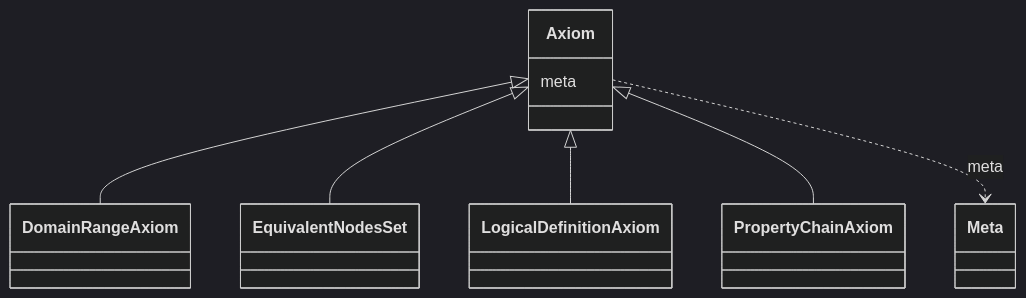
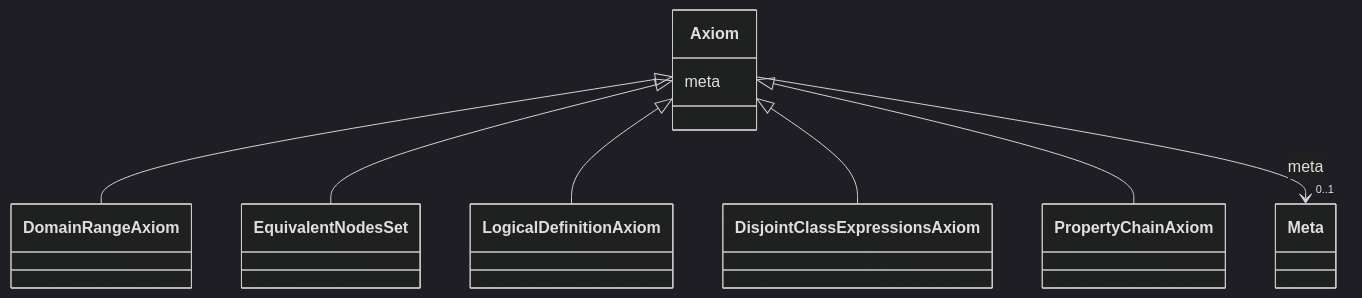
One commit to INCATools/ontology-access-kit changed the diagram in docs/datamodels/obograph/Axiom.md. Above: the diagram before and after it, drawn with Mermaid (dark theme). The commit also changed other lines of this file and 23 other files, not shown here.

````diff
--- a/docs/datamodels/obograph/Axiom.md
+++ b/docs/datamodels/obograph/Axiom.md
@@ -14,14 +23,26 @@
-```{mermaid}
+```mermaid
  classDiagram
     class Axiom
+    click Axiom href "../Axiom"
       Axiom <|-- DomainRangeAxiom
+        click DomainRangeAxiom href "../DomainRangeAxiom"
       Axiom <|-- EquivalentNodesSet
+        click EquivalentNodesSet href "../EquivalentNodesSet"
       Axiom <|-- LogicalDefinitionAxiom
+        click LogicalDefinitionAxiom href "../LogicalDefinitionAxiom"
+      Axiom <|-- DisjointClassExpressionsAxiom
+        click DisjointClassExpressionsAxiom href "../DisjointClassExpressionsAxiom"
       Axiom <|-- PropertyChainAxiom
+        click PropertyChainAxiom href "../PropertyChainAxiom"
       
       Axiom : meta
         
-          Axiom ..> Meta : meta
+          
+    
+    
+    Axiom --> "0..1" Meta : meta
+    click Meta href "../Meta"
+
         
       
 ```
````
